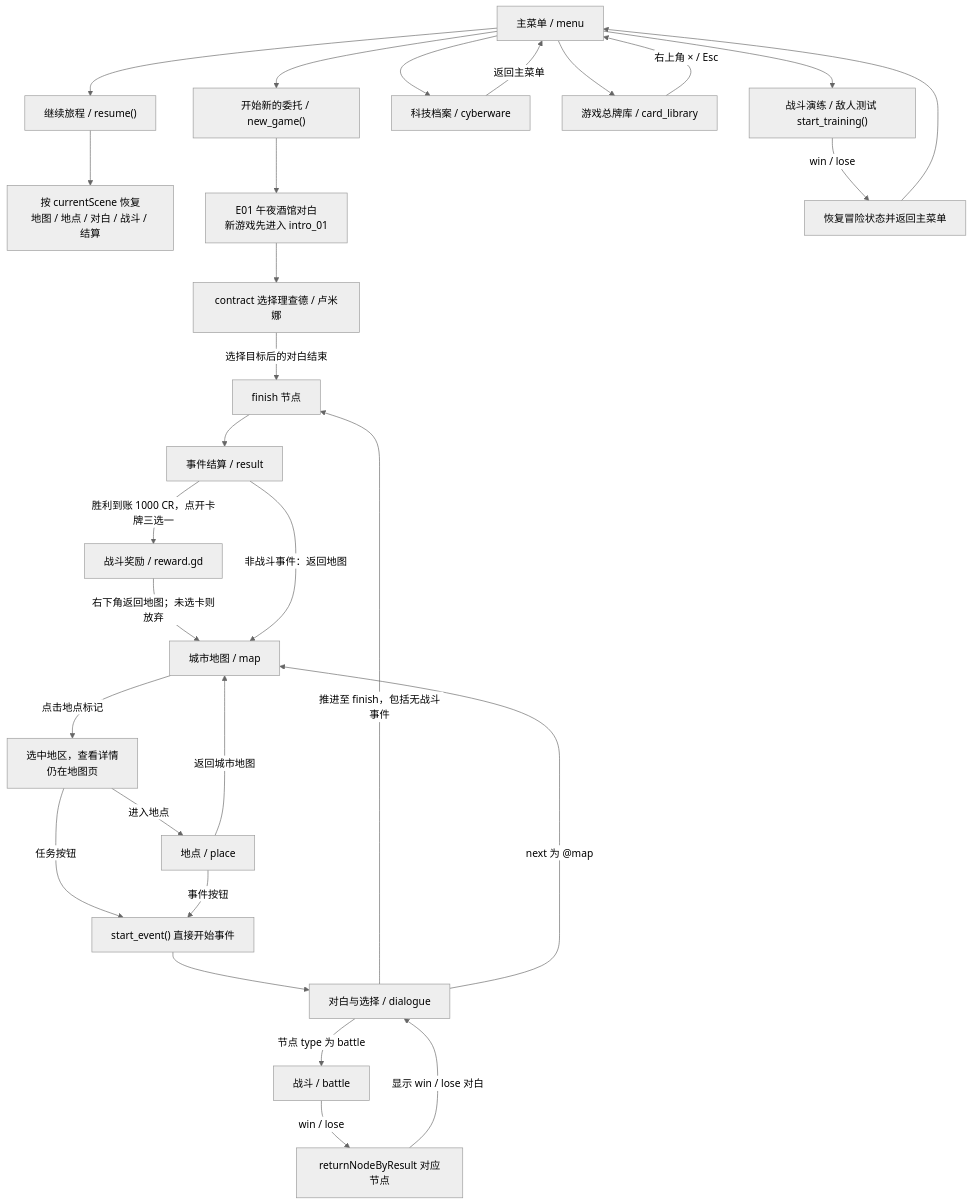
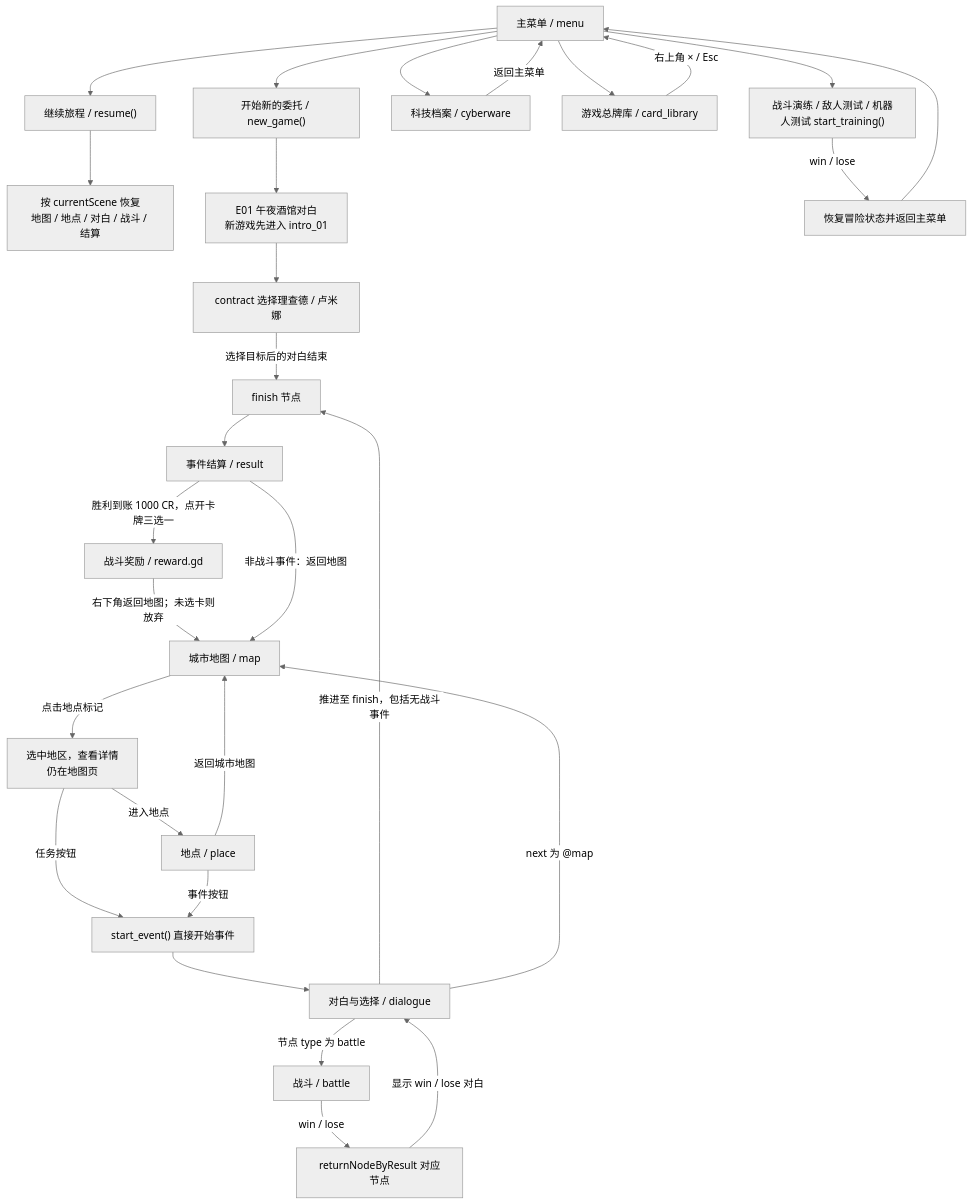
One commit to iris-homework/game-demo changed the diagram in docs/游戏流程与路由.md. Above: the diagram before and after it, drawn with Mermaid (neutral theme). The commit also changed other lines of this file and 37 other files, not shown here.

````diff
--- a/docs/游戏流程与路由.md
+++ b/docs/游戏流程与路由.md
@@ -39,50 +39,50 @@
 ```mermaid
 flowchart TD
     menu["主菜单 / menu"]
     newgame["开始新的委托 / new_game()"]
     resume["继续旅程 / resume()"]
     restore["按 currentScene 恢复<br/>地图 / 地点 / 对白 / 战斗 / 结算"]
     e01["E01 午夜酒馆对白<br/>新游戏先进入 intro_01"]
     contract["contract 选择理查德 / 卢米娜"]
     map["城市地图 / map"]
     detail["选中地区，查看详情<br/>仍在地图页"]
     place["地点 / place"]
     startEvent["start_event() 直接开始事件"]
     dialogue["对白与选择 / dialogue"]
     battle["战斗 / battle"]
     finishNode["finish 节点"]
     result["事件结算 / result"]
     cyberware["科技档案 / cyberware"]
     library["游戏总牌库 / card_library"]
-    training["战斗演练 / 敌人测试 start_training()"]
+    training["战斗演练 / 敌人测试 / 机器人测试 start_training()"]
     trainEnd["恢复冒险状态并返回主菜单"]
 
     menu --> newgame
     menu --> resume
     menu --> cyberware
     menu --> library
     library -->|"右上角 × / Esc"| menu
     menu --> training
     newgame --> e01
     resume --> restore
     e01 --> contract
     contract -->|"选择目标后的对白结束"| finishNode
     map -->|"点击地点标记"| detail
     detail -->|"进入地点"| place
     detail -->|"任务按钮"| startEvent
     place -->|"事件按钮"| startEvent
     place -->|"返回城市地图"| map
     startEvent --> dialogue
     dialogue -->|"节点 type 为 battle"| battle
     dialogue -->|"推进至 finish，包括无战斗事件"| finishNode
     dialogue -->|"next 为 @map"| map
     battle -->|"win / lose"| ret["returnNodeByResult 对应节点"]
     ret -->|"显示 win / lose 对白"| dialogue
     finishNode --> result
     result -->|"胜利到账 1000 CR，点开卡牌三选一"| choice["战斗奖励 / reward.gd"]
     choice -->|"右下角返回地图；未选卡则放弃"| map
     result -->|"非战斗事件：返回地图"| map
     training -->|"win / lose"| trainEnd
     trainEnd --> menu
     cyberware -->|"返回主菜单"| menu
 ```
````
